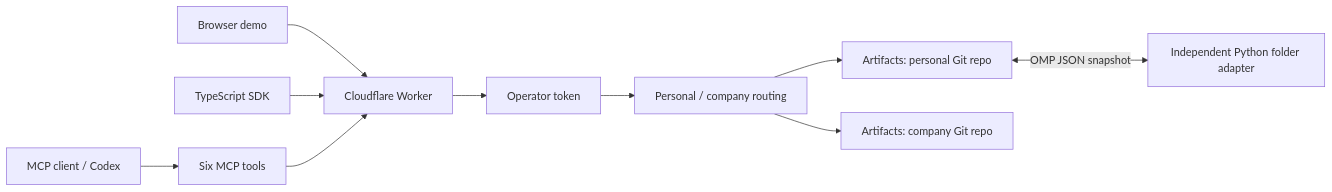
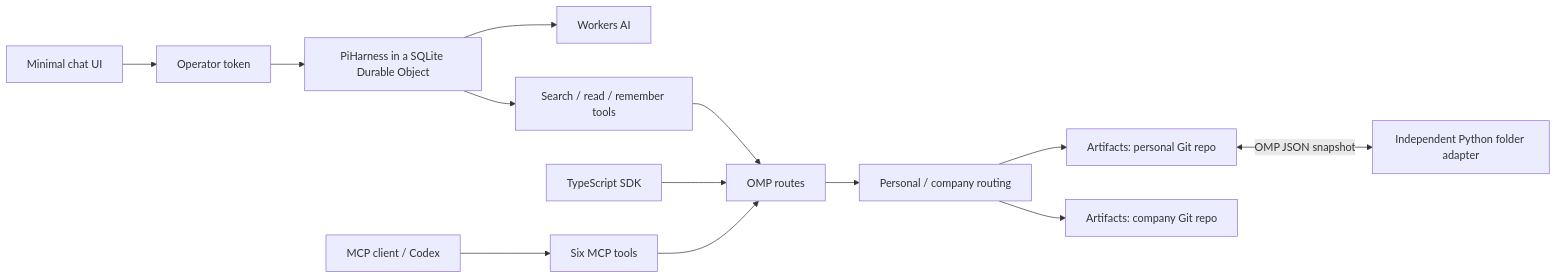
Before and after one commit to irvinebroque/omp-cloudflare: the diagram in README.md, drawn with Mermaid. The commit also changed other lines of this file and 18 other files, not shown here.

Commit message:
Replace the demo editor with a minimal Pi memory agent

````diff
--- a/README.md
+++ b/README.md
@@ -10,12 +10,15 @@
 ```mermaid
 flowchart LR
-  UI[Browser demo] --> API[Cloudflare Worker]
+  UI[Minimal chat UI] --> Auth[Operator token]
+  Auth --> Pi[PiHarness in a SQLite Durable Object]
+  Pi --> AI[Workers AI]
+  Pi --> Tools[Search / read / remember tools]
+  Tools --> API[OMP routes]
   SDK[TypeScript SDK] --> API
   Agent[MCP client / Codex] --> MCP[Six MCP tools]
   MCP --> API
-  API --> Auth[Operator token]
-  Auth --> Gateway[Personal / company routing]
+  API --> Gateway[Personal / company routing]
   Gateway --> Personal[Artifacts: personal Git repo]
   Gateway --> Company[Artifacts: company Git repo]
   Personal <-->|OMP JSON snapshot| Folder[Independent Python folder adapter]
 ```
````
